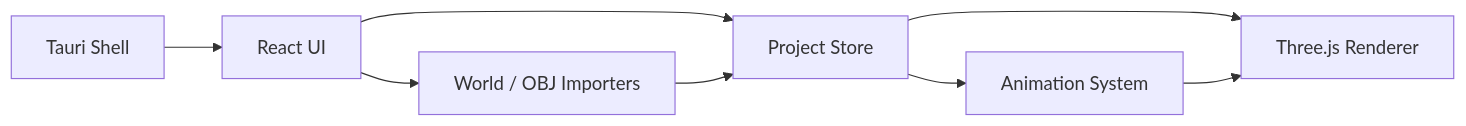
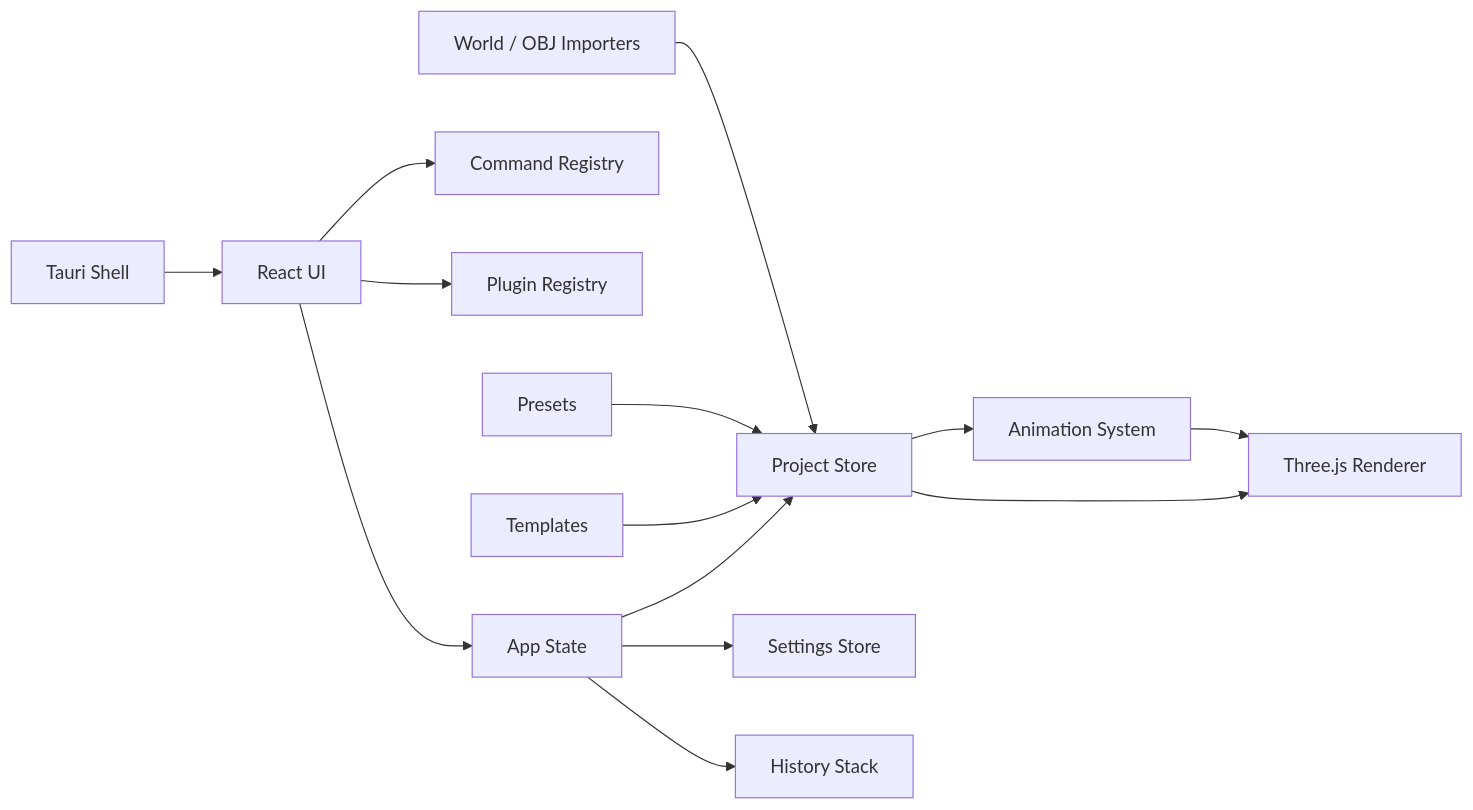
The diagram in docs/ARCHITECTURE.md (stotian/MineMotion-Studio), drawn with Mermaid before and after one commit. The commit also changed other lines of this file and 69 other files, not shown here.

````diff
--- a/docs/ARCHITECTURE.md
+++ b/docs/ARCHITECTURE.md
@@ -9,10 +9,16 @@
 ```mermaid
 flowchart LR
-  UI["React UI"] --> Project["Project Store"]
+  UI["React UI"] --> AppState["App State"]
+  AppState --> Project["Project Store"]
+  AppState --> Settings["Settings Store"]
+  AppState --> History["History Stack"]
+  UI --> Commands["Command Registry"]
+  UI --> Plugins["Plugin Registry"]
   Project --> Renderer["Three.js Renderer"]
   Project --> Animation["Animation System"]
-  UI --> Importers["World / OBJ Importers"]
-  Importers --> Project
+  Templates["Templates"] --> Project
+  Presets["Presets"] --> Project
+  Importers["World / OBJ Importers"] --> Project
   Animation --> Renderer
   Tauri["Tauri Shell"] --> UI
 ```
````
